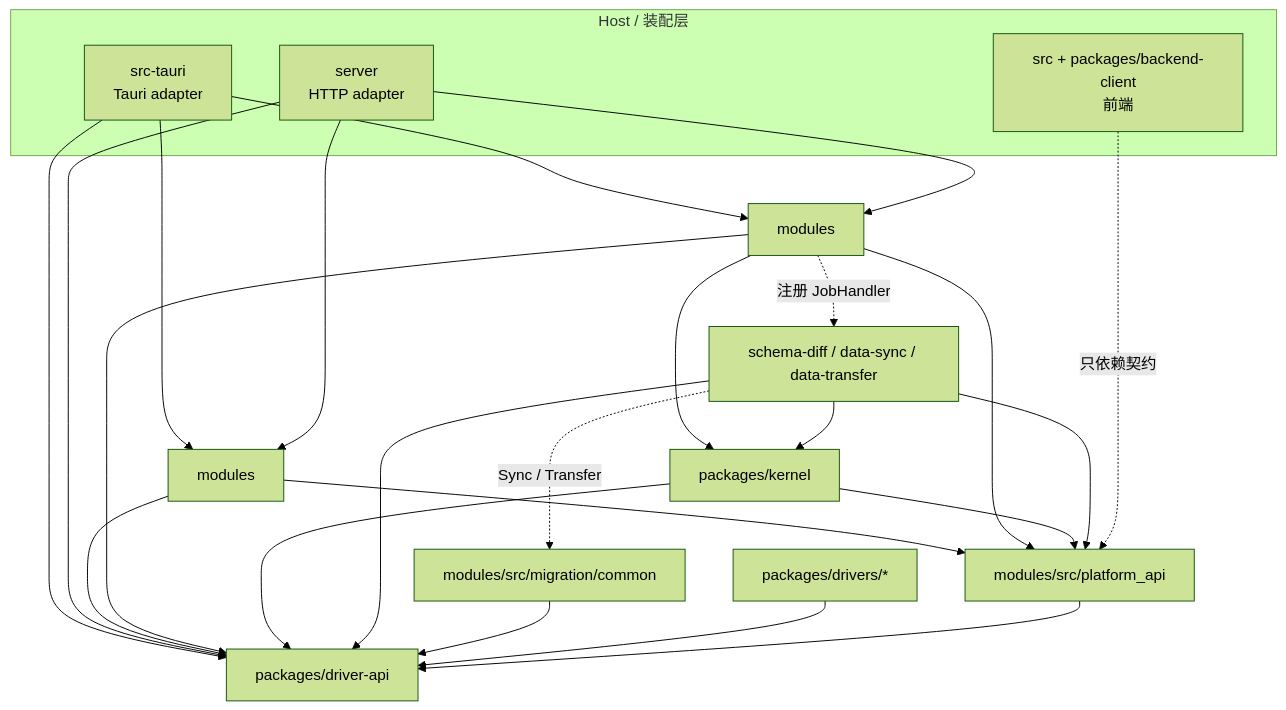
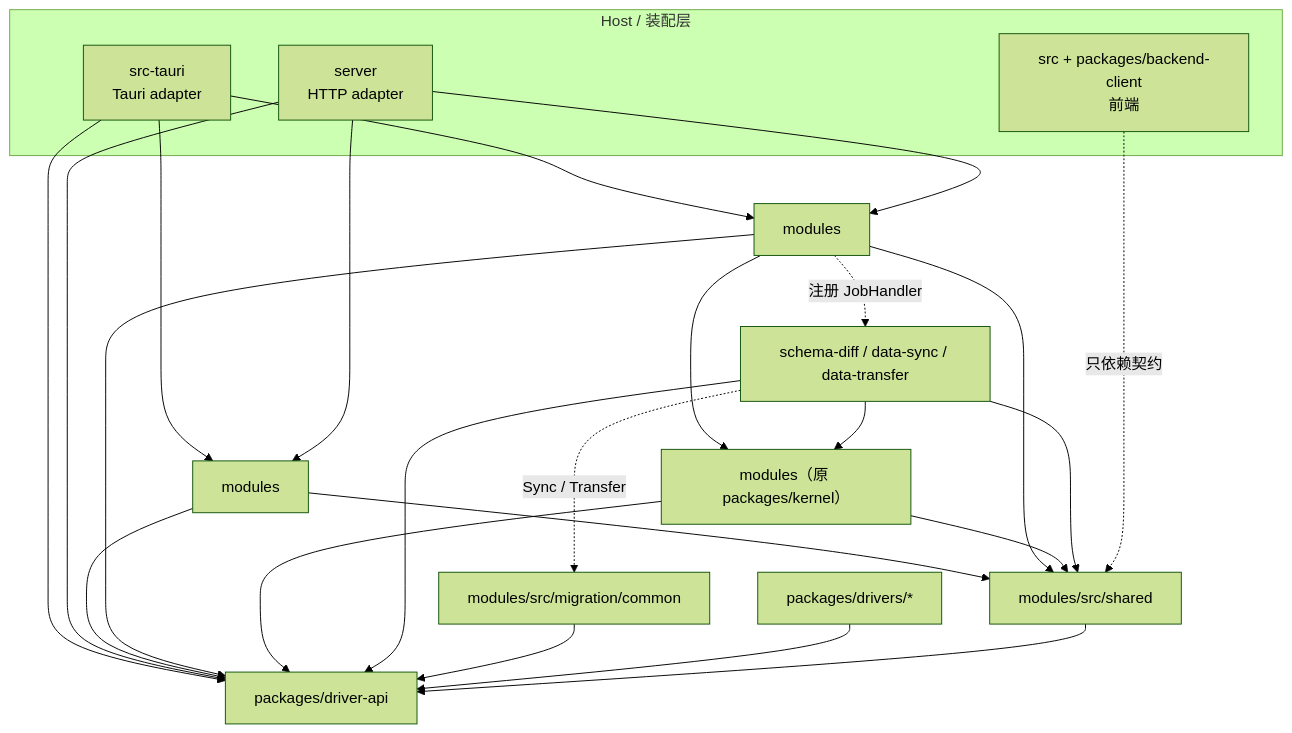
Before and after one commit to flyxl/datazen: the first of 4 diagrams in docs/architecture/platform/shared-boundaries-and-ports.md, drawn with Mermaid (forest theme). The commit also changed other lines of this file and 26 other files, not shown here.

````diff
--- a/docs/architecture/platform/shared-boundaries-and-ports.md
+++ b/docs/architecture/platform/shared-boundaries-and-ports.md
@@ -119,39 +121,39 @@
 ```mermaid
 flowchart TD
     subgraph host[Host / 装配层]
         TA[src-tauri<br/>Tauri adapter]
         SRV[server<br/>HTTP adapter]
         FE[src + packages/backend-client<br/>前端]
     end
     APP[modules]
     RT[modules]
-    KER[packages/kernel]
-    PA[modules/src/platform_api]
+    KER[modules（原 packages/kernel）]
+    PA[modules/src/shared]
     DAPI[packages/driver-api]
     DOM[schema-diff / data-sync / data-transfer]
     MC[modules/src/migration/common]
     DRV[packages/drivers/*]
 
     TA --> APP
     TA --> RT
     TA --> DAPI
     SRV --> APP
     SRV --> RT
     SRV --> DAPI
     APP --> PA
     APP --> DAPI
     RT --> PA
     RT --> DAPI
     RT --> KER
     KER --> PA
     KER --> DAPI
     DOM --> KER
     RT -.注册 JobHandler.-> DOM
     DOM --> PA
     DOM --> DAPI
     DOM -.Sync / Transfer.-> MC
     MC --> DAPI
     DRV --> DAPI
     PA --> DAPI
     FE -.只依赖契约.-> PA
 ```
````
